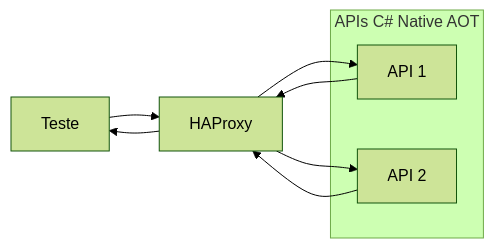
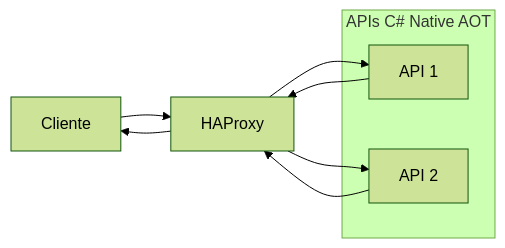
Before and after one commit to micheloliveira-com/rinha-de-backend-2026-dotnet-csharp-with-faiss-interop: the diagram in README.md, drawn with Mermaid (forest theme). The commit also changed other lines of this file, not shown here.

Commit message:
fix(README.md): update k6 description

````diff
--- a/README.md
+++ b/README.md
@@ -30,18 +30,18 @@
 ```mermaid
 flowchart LR
-    client[Teste]
+    client[Cliente]
     lb[HAProxy]
 
     subgraph api_cluster["APIs C# Native AOT"]
         api1[API 1]
         api2[API 2]
     end
 
     client --> lb
     lb --> api1
     lb --> api2
 
     api1 --> lb
     api2 --> lb
     lb --> client
 ```
````
